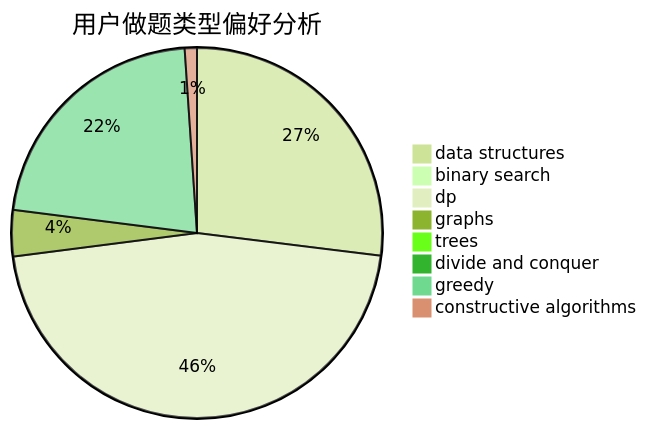
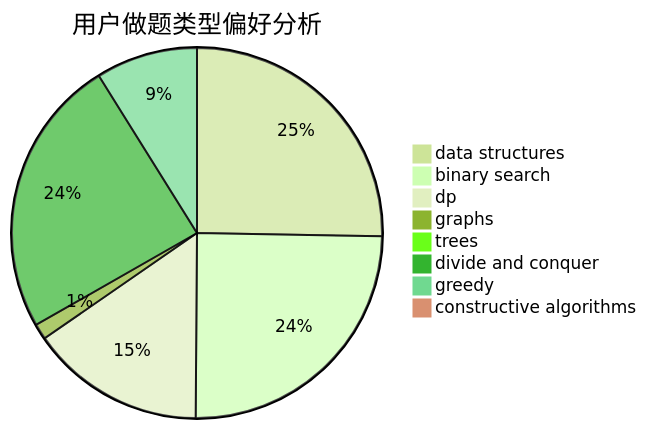
One commit to sherpahu/cfrs.github.io changed the second of 3 diagrams in docs/user/u876.md. Above: the diagram before and after it, drawn with Mermaid (forest theme). The commit also changed other lines of this file and 2770 other files, not shown here.

````diff
--- a/docs/user/u876.md
+++ b/docs/user/u876.md
@@ -23,11 +23,11 @@
 ```mermaid
 pie title 用户做题类型偏好分析
-    "data structures" :  354
-    "binary search" :  4
-    "dp" :  604
-    "graphs" :  53
+    "data structures" :  111
+    "binary search" :  109
+    "dp" :  67
+    "graphs" :  6
     "trees" :  4
-    "divide and conquer" :  0
-    "greedy" :  288
-    "constructive algorithms" :  14
+    "divide and conquer" :  107
+    "greedy" :  39
+    "constructive algorithms" :  4
 ```
````
